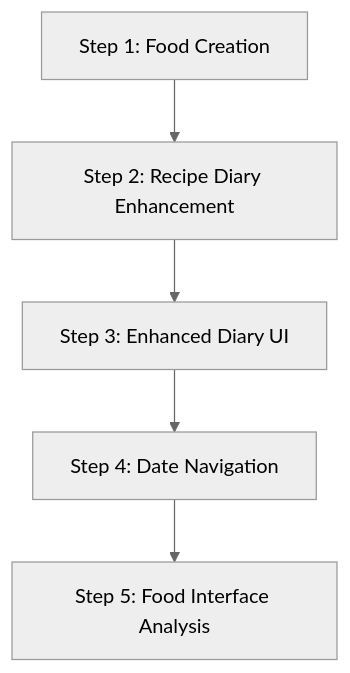
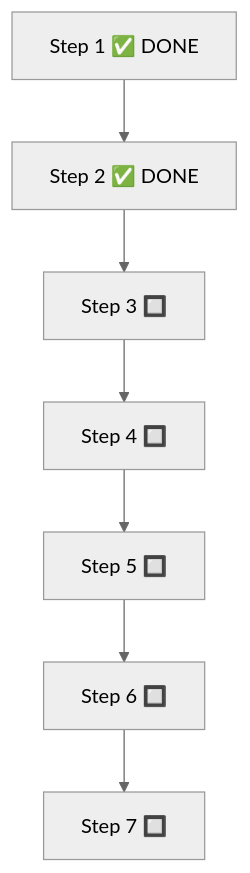
The diagram in docs/REFINEMENT_PLAN.md (HermanoGranger/EZ-Makro), drawn with Mermaid (neutral theme) before and after one commit. The commit also changed other lines of this file, not shown here.

First line of the commit message:
Update Refinement Plan to v2.0 — always per-100g architecture

````diff
--- a/docs/REFINEMENT_PLAN.md
+++ b/docs/REFINEMENT_PLAN.md
@@ -322,7 +373,9 @@
 ```mermaid
 graph TD
-    A[Step 1: Food Creation] --> B[Step 2: Recipe Diary Enhancement]
-    B --> C[Step 3: Enhanced Diary UI]
-    C --> D[Step 4: Date Navigation]
-    D --> E[Step 5: Food Interface Analysis]
+    A[Step 1 ✅ DONE] --> B[Step 2 ✅ DONE]
+    B --> C[Step 3 🔲]
+    C --> D[Step 4 🔲]
+    D --> E[Step 5 🔲]
+    E --> F[Step 6 🔲]
+    F --> G[Step 7 🔲]
 ```
````
